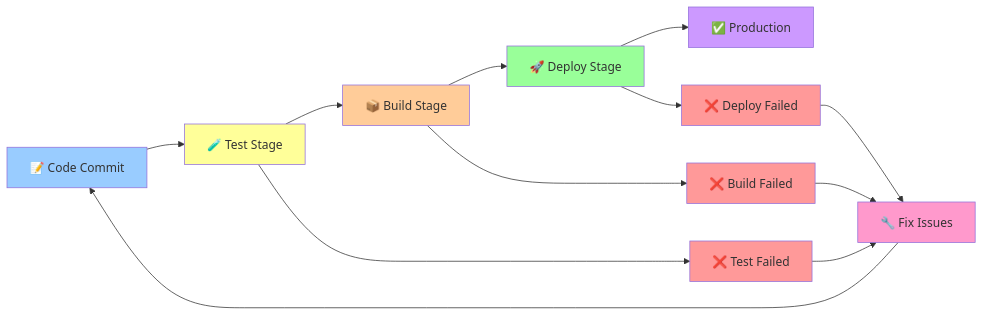
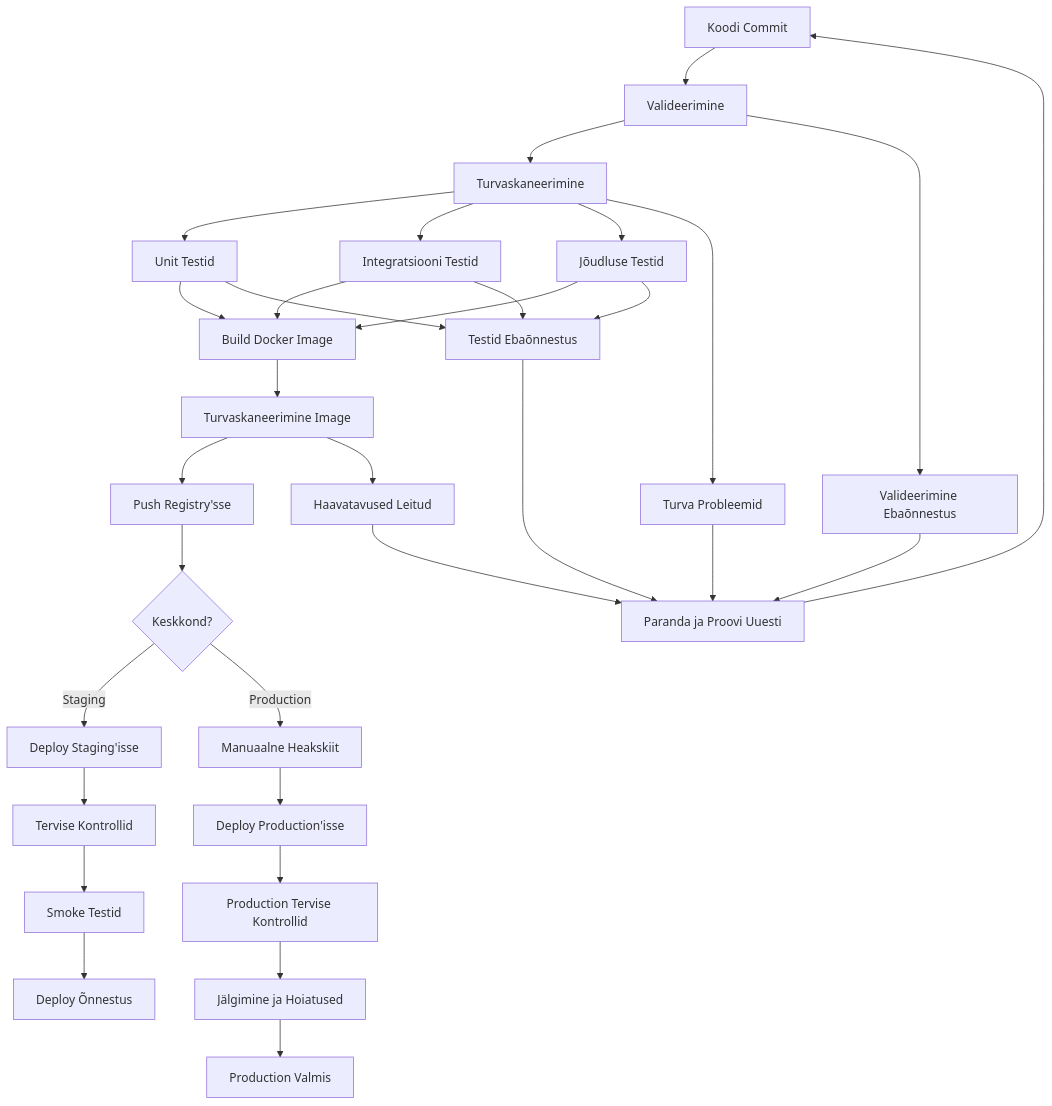
The diagram in docs/ci_cd_advanced/lecture.md (mtalvik/automation), drawn with Mermaid before and after one commit. The commit also changed other lines of this file and 22 other files, not shown here.

````diff
--- a/docs/ci_cd_advanced/lecture.md
+++ b/docs/ci_cd_advanced/lecture.md
@@ -81,26 +548,42 @@
 ```mermaid
-flowchart LR
-    A[📝 Code Commit] --> B[🧪 Test Stage]
-    B --> C[📦 Build Stage]
-    C --> D[🚀 Deploy Stage]
-    D --> E[✅ Production]
+flowchart TD
+    A[Koodi Commit] --> B[Valideerimine]
+    B --> C[Turvaskaneerimine]
+    C --> D[Unit Testid]
+    C --> E[Integratsiooni Testid]
+    C --> F[Jõudluse Testid]
     
-    B --> F[❌ Test Failed]
-    C --> G[❌ Build Failed]
-    D --> H[❌ Deploy Failed]
+    D --> G[Build Docker Image]
+    E --> G
+    F --> G
     
-    F --> I[🔧 Fix Issues]
-    G --> I
-    H --> I
-    I --> A
+    G --> H[Turvaskaneerimine Image]
+    H --> I[Push Registry'sse]
     
-    style A fill:#99ccff
-    style B fill:#ffff99
-    style C fill:#ffcc99
-    style D fill:#99ff99
-    style E fill:#cc99ff
-    style F fill:#ff9999
-    style G fill:#ff9999
-    style H fill:#ff9999
-    style I fill:#ff99cc
+    I --> J{Keskkond?}
+    J -->|Staging| K[Deploy Staging'isse]
+    J -->|Production| L[Manuaalne Heakskiit]
+    
+    K --> M[Tervise Kontrollid]
+    L --> N[Deploy Production'isse]
+    N --> O[Production Tervise Kontrollid]
+    
+    M --> P[Smoke Testid]
+    O --> Q[Jälgimine ja Hoiatused]
+    
+    B --> R[Valideerimine Ebaõnnestus]
+    C --> S[Turva Probleemid]
+    D --> T[Testid Ebaõnnestus]
+    E --> T
+    F --> T
+    H --> U[Haavatavused Leitud]
+    
+    R --> V[Paranda ja Proovi Uuesti]
+    S --> V
+    T --> V
+    U --> V
+    V --> A
+    
+    P --> W[Deploy Õnnestus]
+    Q --> X[Production Valmis]
 ```
````
